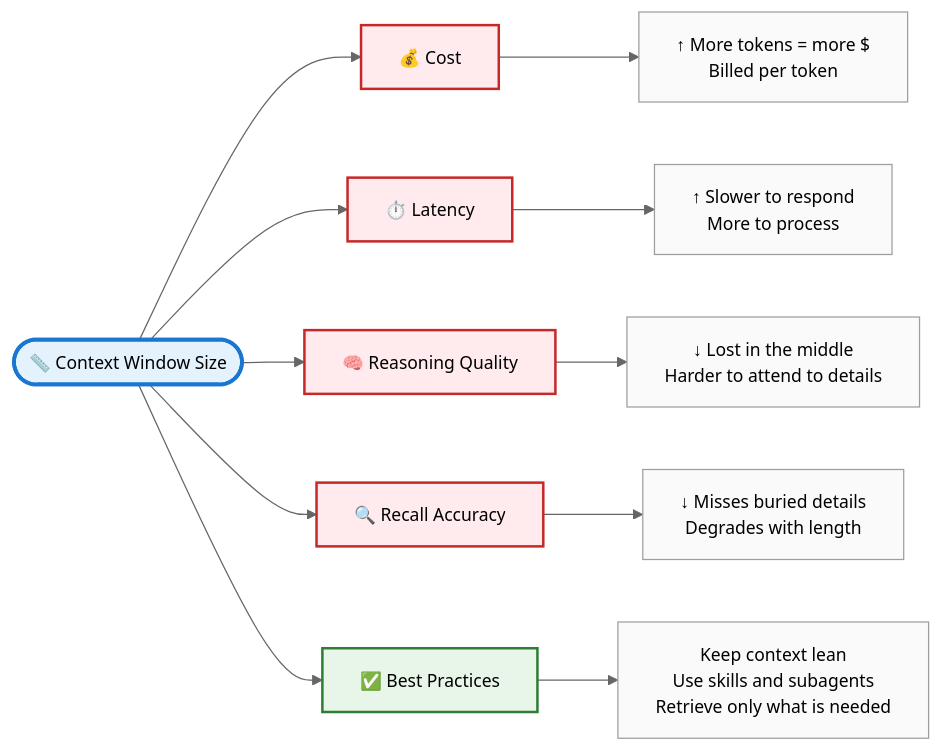
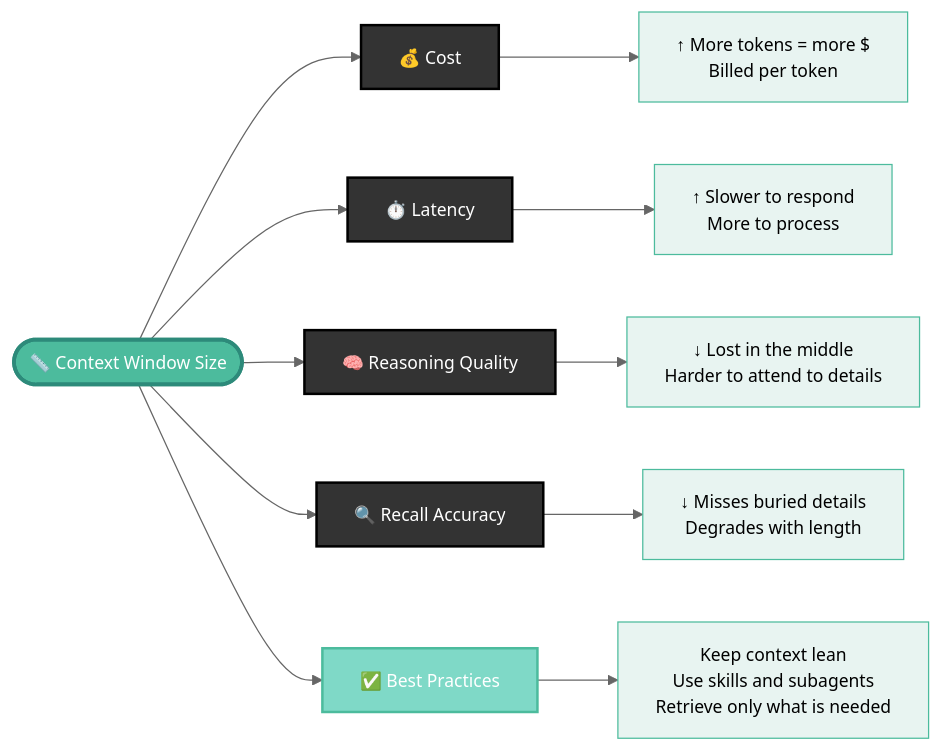
One commit to mjfrigaard/shiny-app-pkgs changed the first of 6 diagrams in tools.qmd. Above: the diagram before and after it, drawn with Mermaid. The commit also changed other lines of this file, not shown here.

First line of the commit message:
Style flowchart diagrams in tools.qmd with teal palette

````diff
--- a/tools.qmd
+++ b/tools.qmd
@@ -200,37 +200,37 @@
 ```{mermaid}
 %%| fig-cap: 'Agents vs. Chatbots'
 %%| fig-align: center
 %%{init: {'theme': 'neutral', 'themeVariables': { 'fontFamily': 'monospace', "fontSize":"14px"}}}%%
 
 flowchart LR
     ContextWindow(["📏 Context Window Size"])
     
     Cost["💰 Cost"]
     Latency["⏱️ Latency"]
     Reasoning["🧠 Reasoning Quality"]
     Recall["🔍 Recall Accuracy"]
     BestPractices["✅ Best Practices"]
     
     CostDetail["↑ More tokens = more $<br/>Billed per token"]
     LatencyDetail["↑ Slower to respond<br/>More to process"]
     ReasoningDetail["↓ Lost in the middle<br/>Harder to attend to details"]
     RecallDetail["↓ Misses buried details<br/>Degrades with length"]
     PracticesDetail["Keep context lean<br/>Use skills and subagents<br/>Retrieve only what is needed"]
     
     ContextWindow --> Cost --> CostDetail
     ContextWindow --> Latency --> LatencyDetail
     ContextWindow --> Reasoning --> ReasoningDetail
     ContextWindow --> Recall --> RecallDetail
     ContextWindow --> BestPractices --> PracticesDetail
-    
-    classDef root fill:#e3f2fd,stroke:#1976d2,stroke-width:3px,color:#000
-    classDef negative fill:#ffebee,stroke:#c62828,stroke-width:2px,color:#000
-    classDef positive fill:#e8f5e9,stroke:#2e7d32,stroke-width:2px,color:#000
-    classDef detail fill:#fafafa,stroke:#9e9e9e,stroke-width:1px,color:#000
-    
+
+    classDef root fill:#4CBB9D,stroke:#2d8a7a,stroke-width:3px,color:#fff
+    classDef negative fill:#333,stroke:#000,stroke-width:2px,color:#fff
+    classDef positive fill:#7fd9c7,stroke:#4CBB9D,stroke-width:2px,color:#fff
+    classDef detail fill:#e8f4f1,stroke:#4CBB9D,stroke-width:1px,color:#000
+
     class ContextWindow root
     class Cost,Latency,Reasoning,Recall negative
     class BestPractices positive
     class CostDetail,LatencyDetail,ReasoningDetail,RecallDetail,PracticesDetail detail
     
 ```
````
